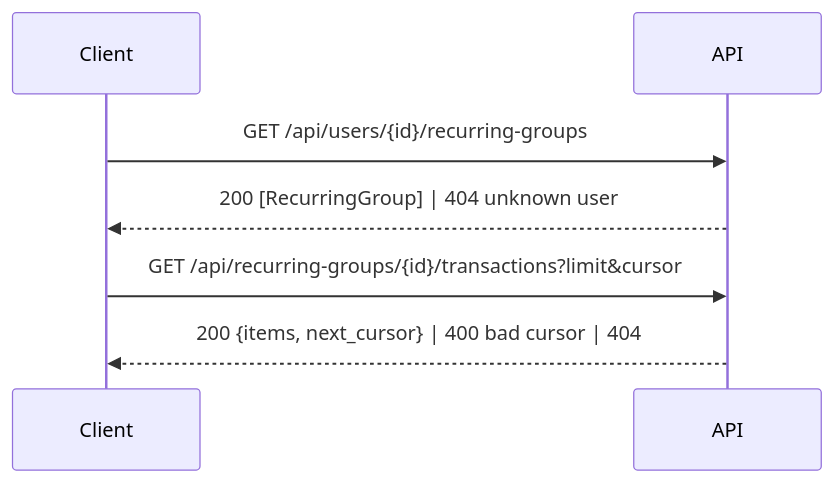
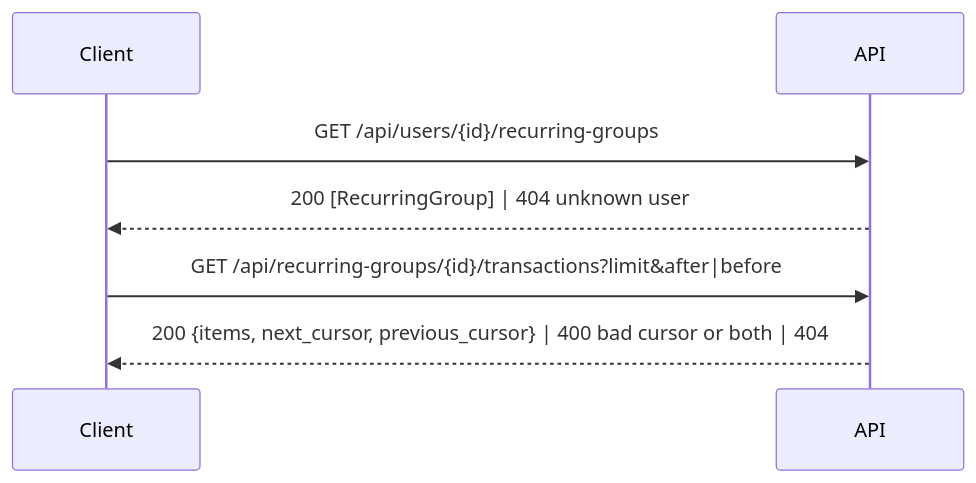
The third of 4 diagrams in docs/design/feat/recurring-api.md (bassamriman/carta-interview), drawn with Mermaid before and after one commit. The commit also changed 2 other files, not shown here.

Commit message:
Align group transactions pagination with api-perf contract
Assumptions:
- api-perf params: limit, after|before; response items, next_cursor, previous_cursor
Design: docs/design/feat/recurring-api.md
Pitfalls:
- fixed: after and before together rejected with 400 at backend/accounts/api.py
- deferred: cursor format stays our own opaque base64, per orchestrator

````diff
--- a/docs/design/feat/recurring-api.md
+++ b/docs/design/feat/recurring-api.md
@@ -28,7 +28,7 @@
 ```mermaid
 sequenceDiagram
   Client->>API: GET /api/users/{id}/recurring-groups
   API-->>Client: 200 [RecurringGroup] | 404 unknown user
-  Client->>API: GET /api/recurring-groups/{id}/transactions?limit&cursor
-  API-->>Client: 200 {items, next_cursor} | 400 bad cursor | 404
+  Client->>API: GET /api/recurring-groups/{id}/transactions?limit&after|before
+  API-->>Client: 200 {items, next_cursor, previous_cursor} | 400 bad cursor or both | 404
 ```
````
